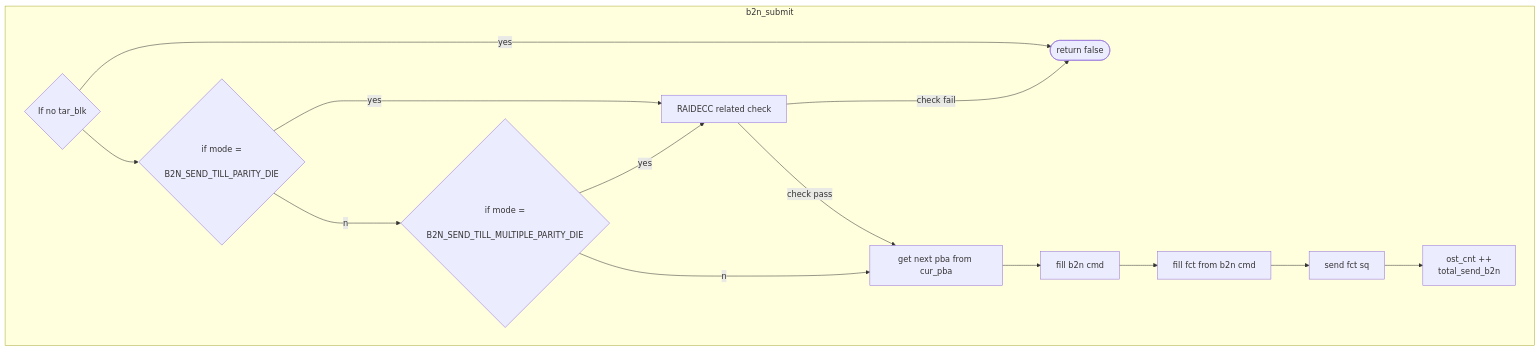
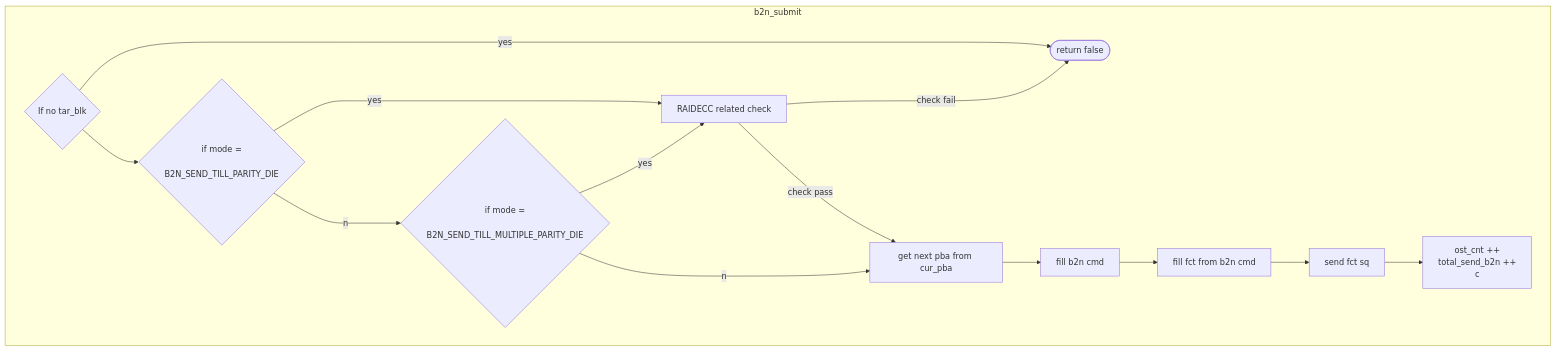
The diagram in all/未命名-2.md (jenny112646/iodraw-files), drawn with Mermaid before and after one commit.

Commit message:
2024-06-07 11:04:42 update

````diff
--- a/all/未命名-2.md
+++ b/all/未命名-2.md
@@ -1,21 +1,22 @@
 ```mermaid
 flowchart TD
 subgraph b2n_submit
     direction LR
     c1{"If no tar_blk"} --yes--> c2([return false])
     c1 --> c3{"if mode =
     B2N_SEND_TILL_PARITY_DIE"}
     c3 --yes--> c4["RAIDECC related check"]
     c3 --no--> c5{"if mode =
     B2N_SEND_TILL_MULTIPLE_PARITY_DIE"}
     c5 --yes--> c4["RAIDECC related check"]
     c5 --no--> c6["get next pba from cur_pba"]
     c4 --"check fail"---> c2
     c4 --"check pass"--> c6
     c6 --> c7["fill b2n cmd"]
     c7 --> c8["fill fct from b2n cmd"]
     c8 --> c9["send fct sq"]
     c9 --> c10["ost_cnt ++
-    total_send_b2n"]
+    total_send_b2n ++
+    c"]
 end
 ```
````
